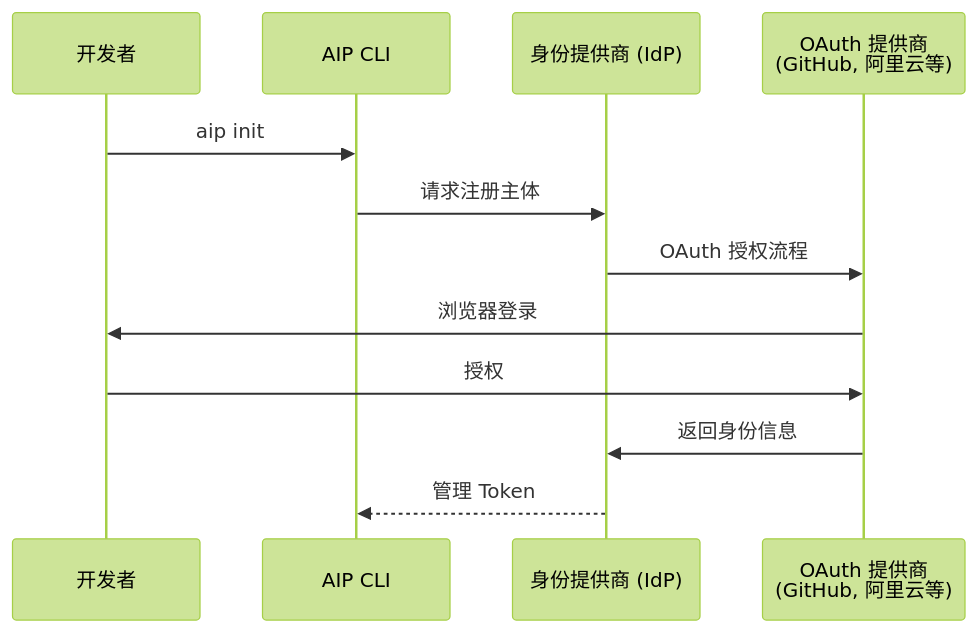
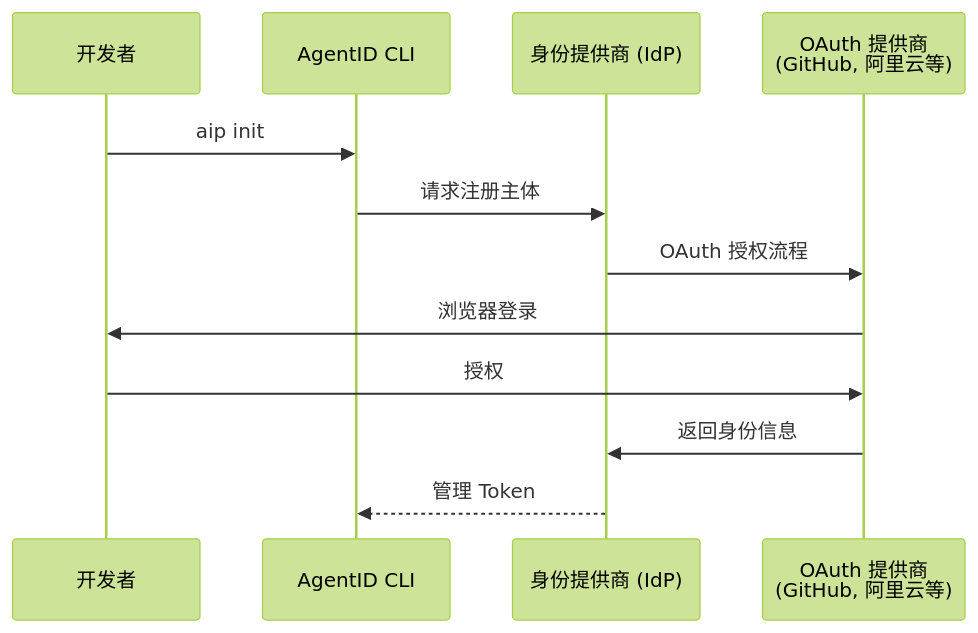
One commit to agentscope-ai/agent-identity changed the first of 3 diagrams in README.md. Above: the diagram before and after it, drawn with Mermaid (forest theme). The commit also changed other lines of this file and 10 other files, not shown here.

````diff
--- a/README.md
+++ b/README.md
@@ -22,15 +22,15 @@
 ```mermaid
 sequenceDiagram
     participant Dev as 开发者
-    participant CLI as AIP CLI
+    participant CLI as AgentID CLI
     participant IdP as 身份提供商 (IdP)
     participant OAuth as OAuth 提供商<br/>(GitHub, 阿里云等)
 
     Dev->>CLI: aip init
     CLI->>IdP: 请求注册主体
     IdP->>OAuth: OAuth 授权流程
     OAuth->>Dev: 浏览器登录
     Dev->>OAuth: 授权
     OAuth->>IdP: 返回身份信息
     IdP-->>CLI: 管理 Token
 ```
````
